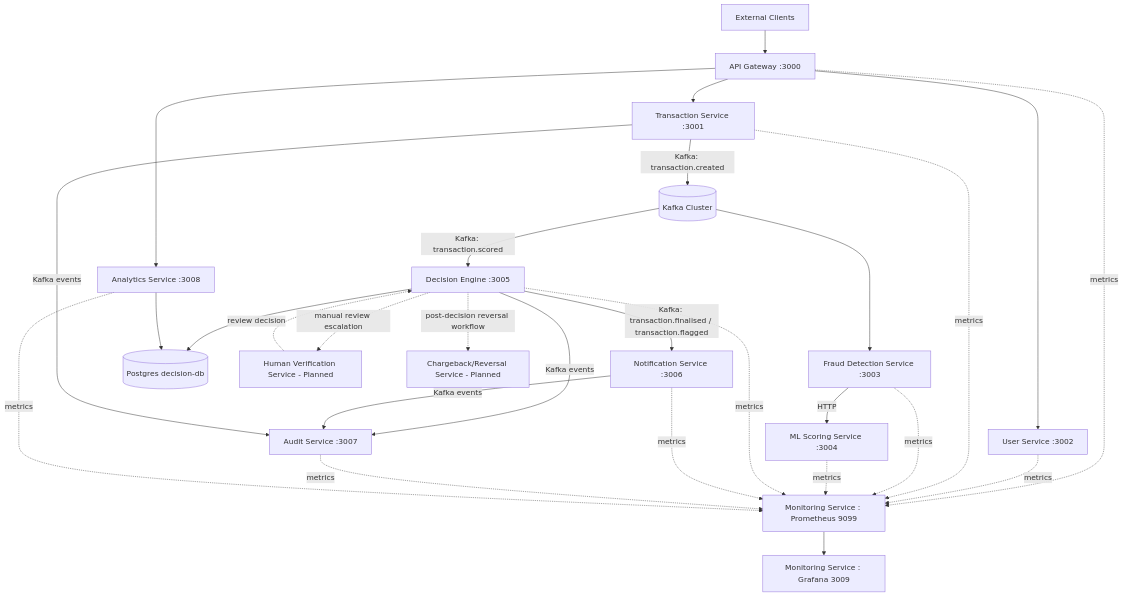
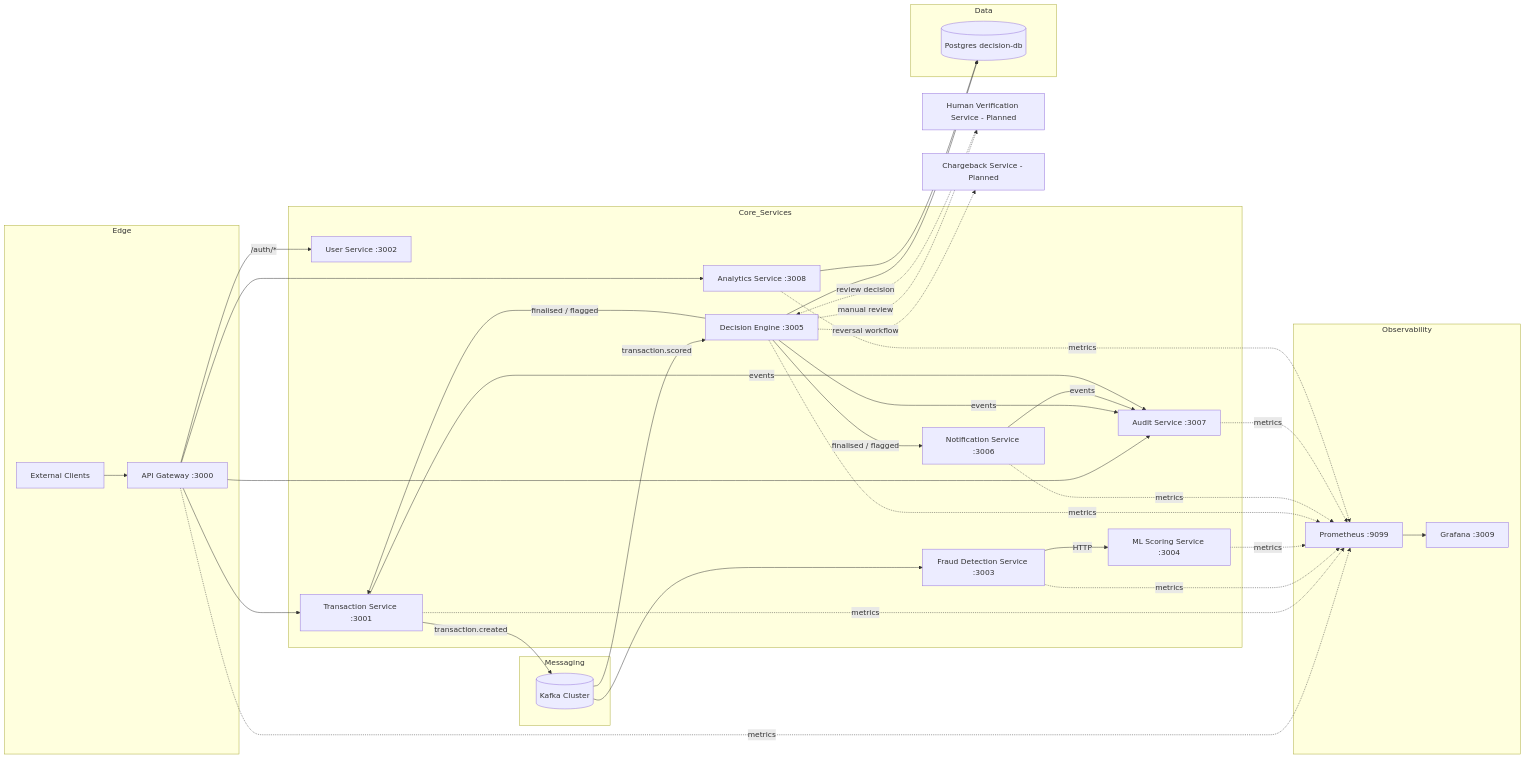
The diagram in README.md (Naren3333/fraud-detection-system), drawn with Mermaid before and after one commit.

Commit message:
README update

````diff
--- a/README.md
+++ b/README.md
@@ -7,36 +7,100 @@
 ```mermaid
-flowchart TD
-    Client[External Clients] --> Gateway[API Gateway :3000]
+flowchart LR
 
-    Gateway --> User[User Service :3002]
-    Gateway --> Transaction[Transaction Service :3001]
-    Gateway --> Analytics[Analytics Service :3008]
+%% =====================================================
+%% LAYER 1 – EDGE
+%% =====================================================
+subgraph Edge
+    Client[External Clients]
+    Gateway[API Gateway :3000]
+    Client --> Gateway
+end
 
-    Transaction -- "Kafka: transaction.created" --> Kafka[(Kafka Cluster)]
-    Kafka --> Fraud[Fraud Detection Service :3003]
-    Fraud -- "HTTP" --> ML[ML Scoring Service :3004]
+%% =====================================================
+%% LAYER 2 – CORE SERVICES
+%% =====================================================
+subgraph Core_Services
 
-    Kafka -- "Kafka: transaction.scored" --> Decision[Decision Engine :3005]
-    Decision -- "Kafka: transaction.finalised / transaction.flagged" --> Notification[Notification Service :3006]
-    Decision -- "Kafka events" --> Audit[Audit Service :3007]
-    Notification -- "Kafka events" --> Audit
-    Transaction -- "Kafka events" --> Audit
+    User[User Service :3002]
+    Transaction[Transaction Service :3001]
+    Fraud[Fraud Detection Service :3003]
+    ML[ML Scoring Service :3004]
+    Decision[Decision Engine :3005]
+    Notification[Notification Service :3006]
+    Audit[Audit Service :3007]
+    Analytics[Analytics Service :3008]
 
-    Decision --> DecisionDB[(Postgres decision-db)]
-    Analytics --> DecisionDB
+end
 
-    Gateway -. "metrics" .-> Prometheus[Monitoring Service : Prometheus 9099]
-    User -. "metrics" .-> Prometheus
-    Transaction -. "metrics" .-> Prometheus
-    Fraud -. "metrics" .-> Prometheus
-    ML -. "metrics" .-> Prometheus
-    Decision -. "metrics" .-> Prometheus
-    Notification -. "metrics" .-> Prometheus
-    Audit -. "metrics" .-> Prometheus
-    Analytics -. "metrics" .-> Prometheus
-    Prometheus --> Grafana[Monitoring Service : Grafana 3009]
+%% =====================================================
+%% LAYER 3 – MESSAGING
+%% =====================================================
+subgraph Messaging
+    Kafka[(Kafka Cluster)]
+end
 
-    Decision -. "manual review escalation" .-> HumanVerify[Human Verification Service - Planned]
-    HumanVerify -. "review decision" .-> Decision
-    Decision -. "post-decision reversal workflow" .-> Chargeback[Chargeback/Reversal Service - Planned]
+%% =====================================================
+%% DATA
+%% =====================================================
+subgraph Data
+    DecisionDB[(Postgres decision-db)]
+end
+
+%% =====================================================
+%% MONITORING
+%% =====================================================
+subgraph Observability
+    Prometheus[Prometheus :9099]
+    Grafana[Grafana :3009]
+    Prometheus --> Grafana
+end
+
+%% =====================================================
+%% MAIN FLOWS
+%% =====================================================
+
+Gateway -- "/auth/*" --> User
+Gateway --> Transaction
+Gateway --> Analytics
+Gateway --> Audit
+
+Transaction -- "transaction.created" --> Kafka
+Kafka --> Fraud
+Fraud -- HTTP --> ML
+Kafka -- "transaction.scored" --> Decision
+
+Decision -- "finalised / flagged" --> Notification
+Decision -- "finalised / flagged" --> Transaction
+
+Decision --> DecisionDB
+Analytics --> DecisionDB
+
+%% =====================================================
+%% AUDIT STREAMS
+%% =====================================================
+
+Decision -- events --> Audit
+Notification -- events --> Audit
+Transaction -- events --> Audit
+
+%% =====================================================
+%% FUTURE EXTENSIONS
+%% =====================================================
+
+Decision -. manual review .-> HumanVerify[Human Verification Service - Planned]
+HumanVerify -. review decision .-> Decision
+Decision -. reversal workflow .-> Chargeback[Chargeback Service - Planned]
+
+%% =====================================================
+%% METRICS
+%% =====================================================
+
+Gateway -. metrics .-> Prometheus
+Transaction -. metrics .-> Prometheus
+Fraud -. metrics .-> Prometheus
+ML -. metrics .-> Prometheus
+Decision -. metrics .-> Prometheus
+Notification -. metrics .-> Prometheus
+Audit -. metrics .-> Prometheus
+Analytics -. metrics .-> Prometheus
 ```
````
